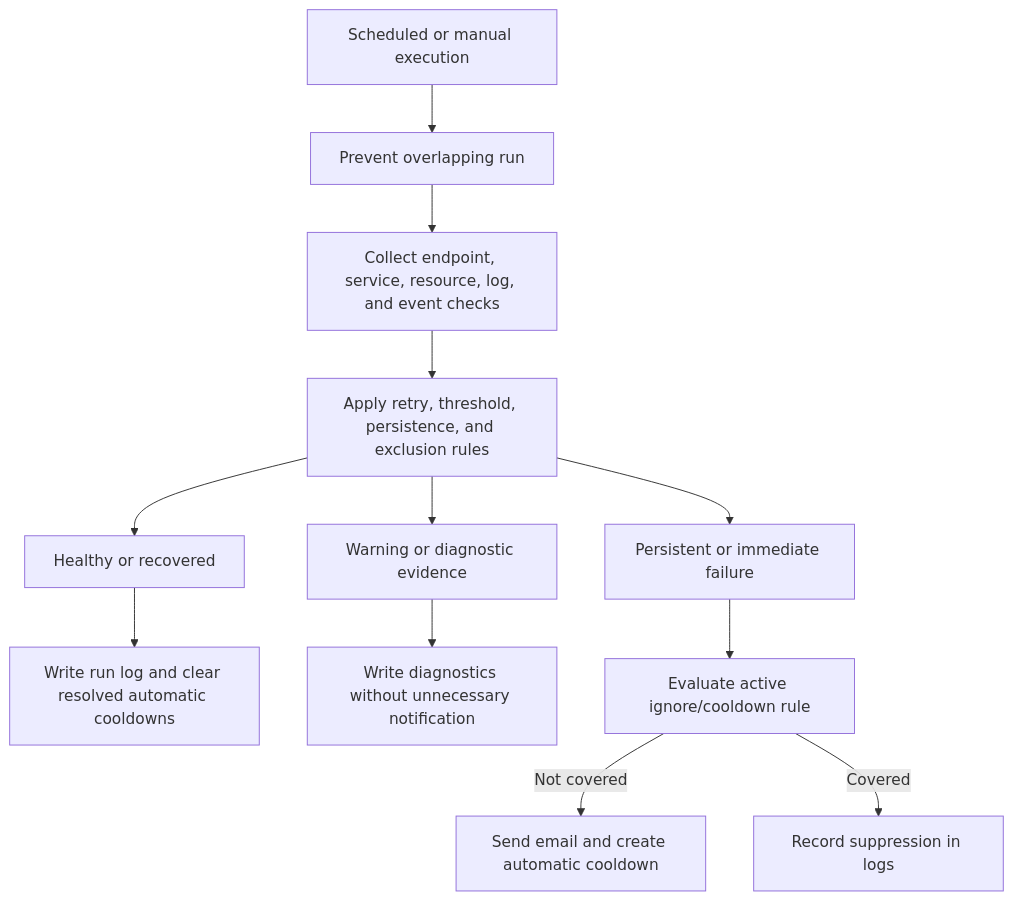
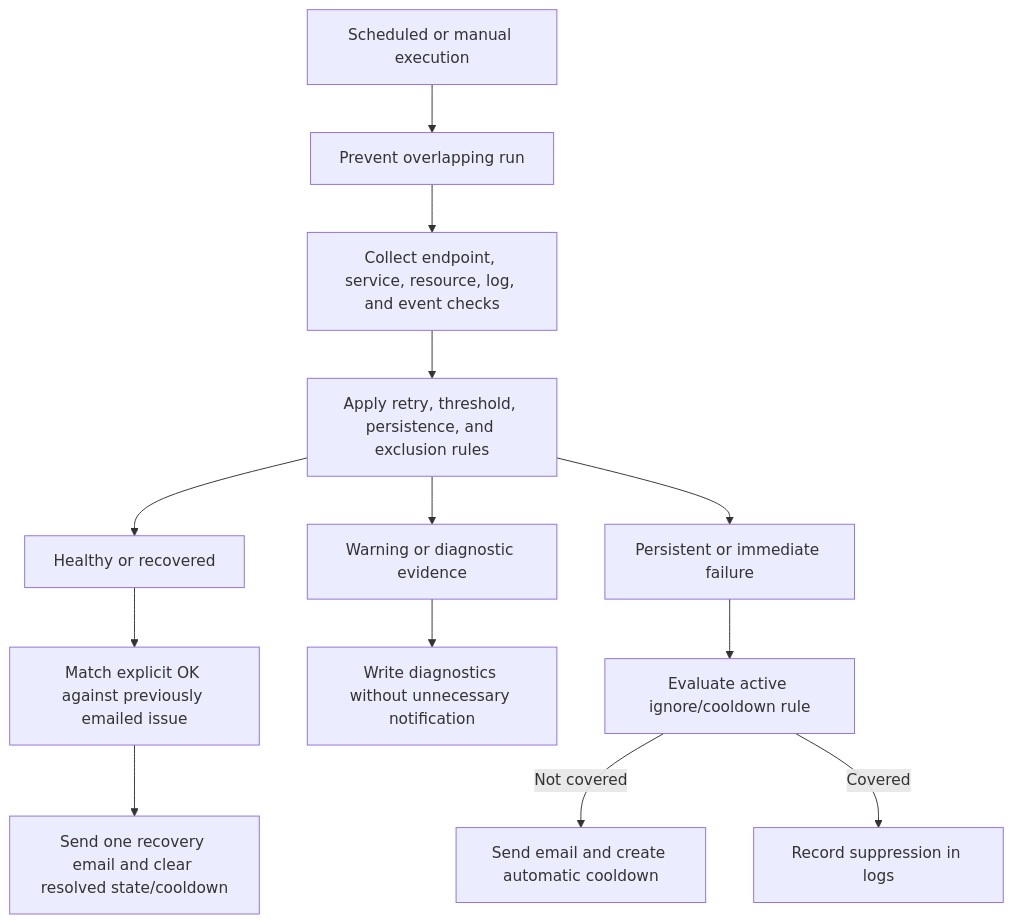
One commit to Khaled-barbar/IT_Tools_DB_Management_Server_Tools changed the fourth of 5 diagrams in docs/02-technical-design.md. Above: the diagram before and after it, drawn with Mermaid. The commit also changed other lines of this file and 9 other files, not shown here.

````diff
--- a/docs/02-technical-design.md
+++ b/docs/02-technical-design.md
@@ -172,14 +172,15 @@
 ```mermaid
 flowchart TD
     Trigger["Scheduled or manual execution"] --> Lock["Prevent overlapping run"]
     Lock --> Collect["Collect endpoint, service, resource, log, and event checks"]
     Collect --> Evaluate["Apply retry, threshold, persistence, and exclusion rules"]
     Evaluate --> Healthy["Healthy or recovered"]
     Evaluate --> Degraded["Warning or diagnostic evidence"]
     Evaluate --> Failure["Persistent or immediate failure"]
-    Healthy --> RunLog["Write run log and clear resolved automatic cooldowns"]
+    Healthy --> Recovery["Match explicit OK against previously emailed issue"]
+    Recovery --> RunLog["Send one recovery email and clear resolved state/cooldown"]
     Degraded --> ErrorLog["Write diagnostics without unnecessary notification"]
     Failure --> Ignore["Evaluate active ignore/cooldown rule"]
     Ignore -->|Not covered| Email["Send email and create automatic cooldown"]
     Ignore -->|Covered| Logs["Record suppression in logs"]
 ```
````
